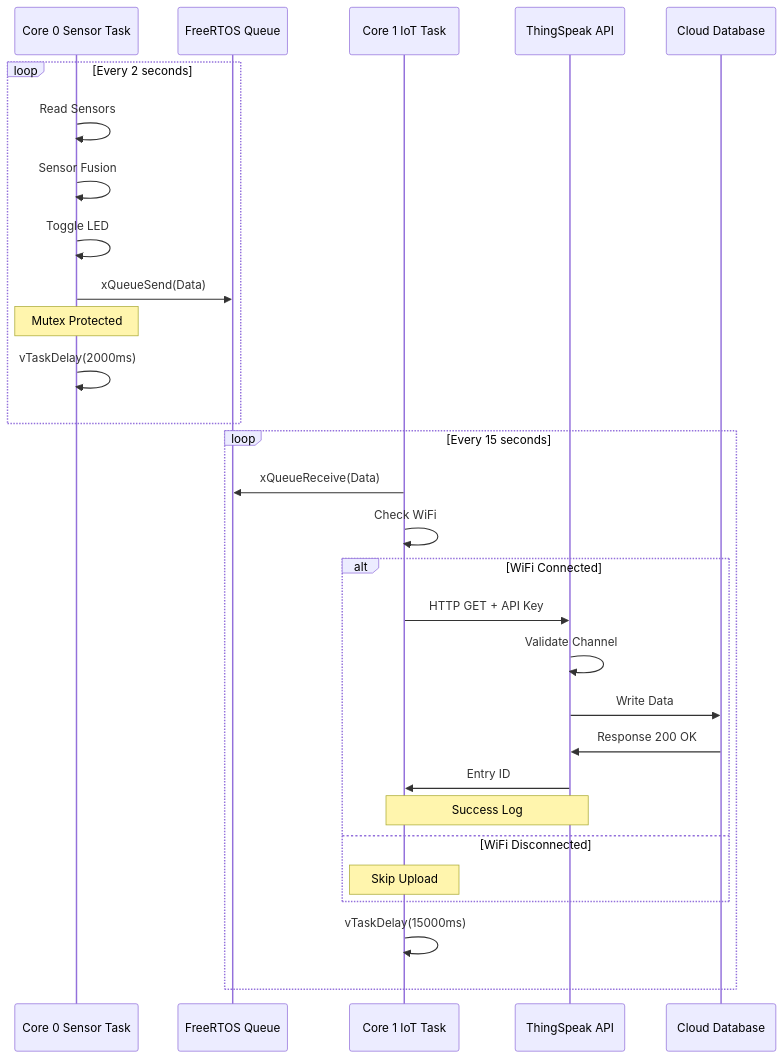
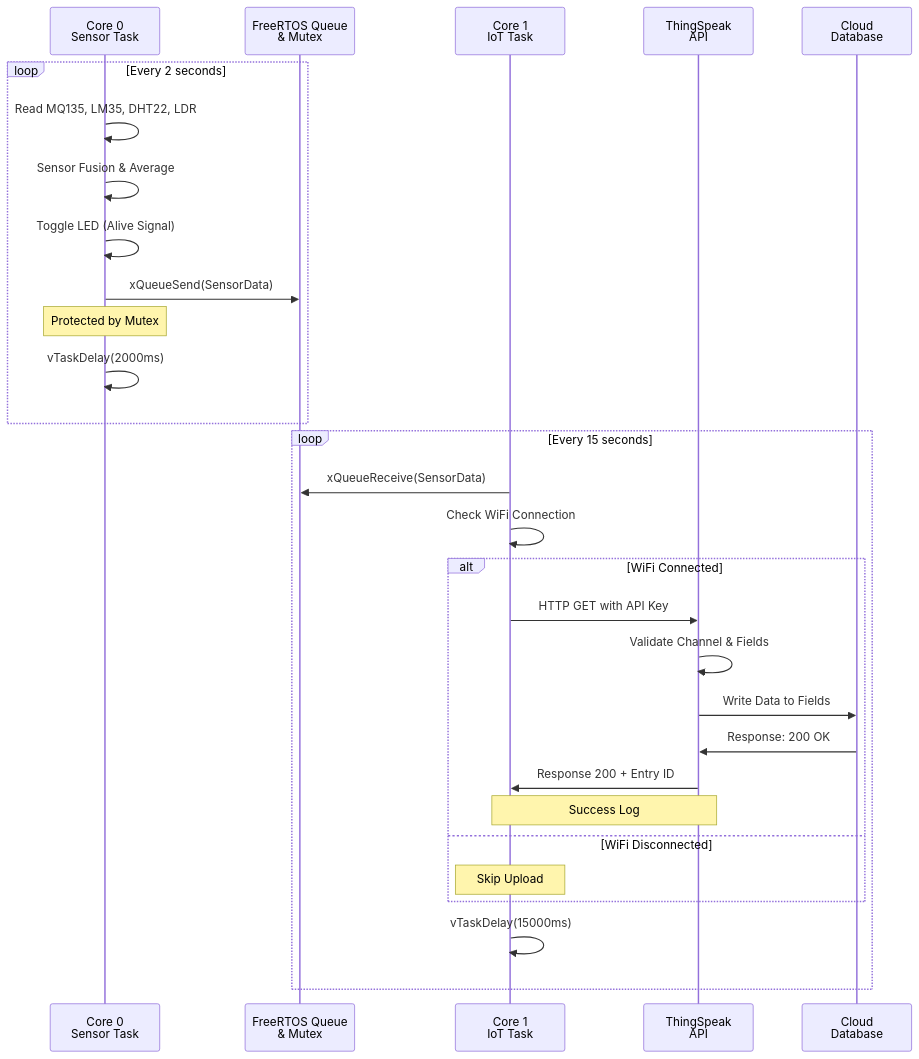
Before and after one commit to ficrammanifur/ESP32-RTOS-Environmental-Monitor: the fifth of 25 diagrams in README.md, drawn with Mermaid. The commit also changed other lines of this file, not shown here.

````diff
--- a/README.md
+++ b/README.md
@@ -276,33 +276,33 @@
 ```mermaid
 sequenceDiagram
-    participant C0 as Core 0 Sensor Task
-    participant Q as FreeRTOS Queue
-    participant C1 as Core 1 IoT Task
-    participant TS as ThingSpeak API
-    participant DB as Cloud Database
+    participant C0 as Core 0<br/>Sensor Task
+    participant Q as FreeRTOS Queue<br/>& Mutex
+    participant C1 as Core 1<br/>IoT Task
+    participant TS as ThingSpeak<br/>API
+    participant DB as Cloud<br/>Database
     
     loop Every 2 seconds
-        C0->>C0: Read Sensors
-        C0->>C0: Sensor Fusion
-        C0->>C0: Toggle LED
-        C0->>Q: xQueueSend(Data)
-        Note over C0: Mutex Protected
+        C0->>C0: Read MQ135, LM35, DHT22, LDR
+        C0->>C0: Sensor Fusion & Average
+        C0->>C0: Toggle LED (Alive Signal)
+        C0->>Q: xQueueSend(SensorData)
+        Note over C0: Protected by Mutex
         C0->>C0: vTaskDelay(2000ms)
     end
     
     loop Every 15 seconds
-        C1->>Q: xQueueReceive(Data)
-        C1->>C1: Check WiFi
+        C1->>Q: xQueueReceive(SensorData)
+        C1->>C1: Check WiFi Connection
         alt WiFi Connected
-            C1->>TS: HTTP GET + API Key
-            TS->>TS: Validate Channel
-            TS->>DB: Write Data
-            DB->>TS: Response 200 OK
-            TS->>C1: Entry ID
+            C1->>TS: HTTP GET with API Key
+            TS->>TS: Validate Channel & Fields
+            TS->>DB: Write Data to Fields
+            DB->>TS: Response: 200 OK
+            TS->>C1: Response 200 + Entry ID
             Note over C1,TS: Success Log
         else WiFi Disconnected
             Note over C1: Skip Upload
         end
         C1->>C1: vTaskDelay(15000ms)
     end
 ```
````
